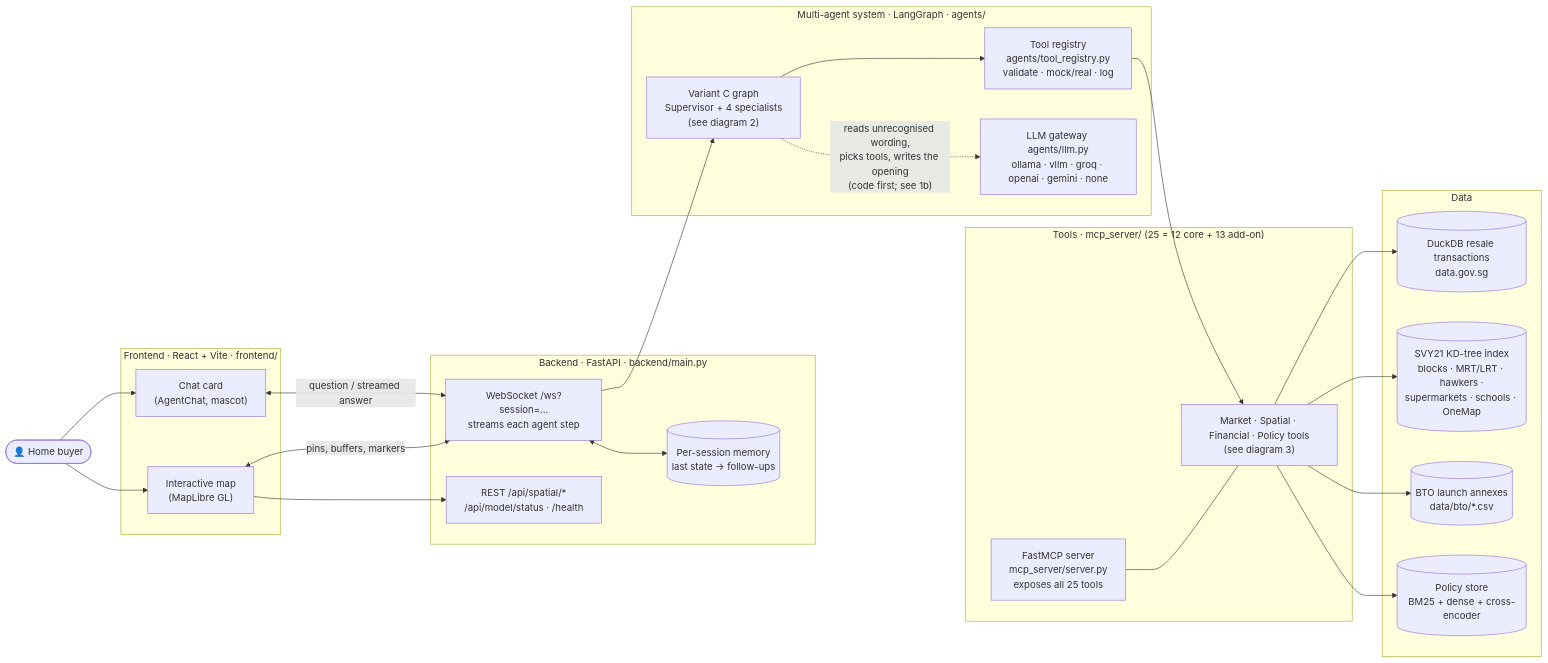
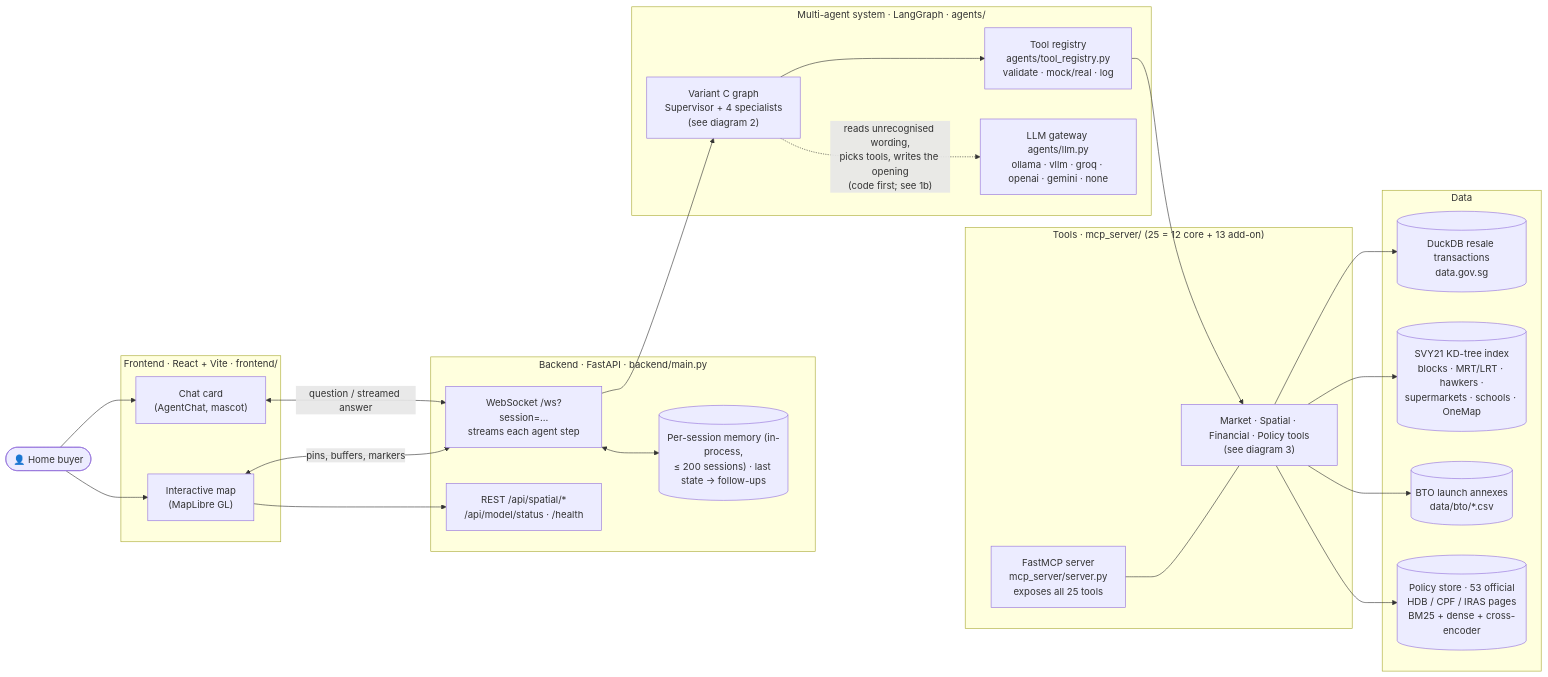
Before and after one commit to fcyap/HDB-Compass: the first of 4 diagrams in README.md, drawn with Mermaid. The commit also changed other lines of this file and 32 other files, not shown here.

````diff
--- a/README.md
+++ b/README.md
@@ -19,48 +19,48 @@
 ```mermaid
 flowchart LR
     User(["👤 Home buyer"])
 
     subgraph FE["Frontend · React + Vite · frontend/"]
         Chat["Chat card<br/>(AgentChat, mascot)"]
         Map["Interactive map<br/>(MapLibre GL)"]
     end
 
     subgraph BE["Backend · FastAPI · backend/main.py"]
         WS["WebSocket /ws?session=…<br/>streams each agent step"]
-        Sessions[("Per-session memory<br/>last state → follow-ups")]
+        Sessions[("Per-session memory (in-process,<br/>≤ 200 sessions) · last state → follow-ups")]
         REST["REST /api/spatial/*<br/>/api/model/status · /health"]
     end
 
     subgraph AG["Multi-agent system · LangGraph · agents/"]
         AGraph["Variant C graph<br/>Supervisor + 4 specialists<br/>(see diagram 2)"]
         Registry["Tool registry<br/>agents/tool_registry.py<br/>validate · mock/real · log"]
         LLM["LLM gateway agents/llm.py<br/>ollama · vllm · groq · openai · gemini · none"]
     end
 
     subgraph TOOLS["Tools · mcp_server/ (25 = 12 core + 13 add-on)"]
         MCP["FastMCP server<br/>mcp_server/server.py<br/>exposes all 25 tools"]
         T["Market · Spatial · Financial · Policy tools<br/>(see diagram 3)"]
     end
 
     subgraph DATA["Data"]
         Duck[("DuckDB resale transactions<br/>data.gov.sg")]
         Spatial[("SVY21 KD-tree index<br/>blocks · MRT/LRT · hawkers ·<br/>supermarkets · schools · OneMap")]
         BTO[("BTO launch annexes<br/>data/bto/*.csv")]
-        Policy[("Policy store<br/>BM25 + dense + cross-encoder")]
+        Policy[("Policy store · 53 official<br/>HDB / CPF / IRAS pages<br/>BM25 + dense + cross-encoder")]
     end
 
     User --> Chat
     User --> Map
     Chat <-->|"question / streamed answer"| WS
     Map <-->|"pins, buffers, markers"| WS
     Map --> REST
     WS <--> Sessions
     WS --> AGraph
     AGraph --> Registry --> T
     AGraph -.->|"reads unrecognised wording,<br/>picks tools, writes the opening<br/>(code first; see 1b)"| LLM
     MCP --- T
     T --> Duck
     T --> Spatial
     T --> BTO
     T --> Policy
 ```
````
